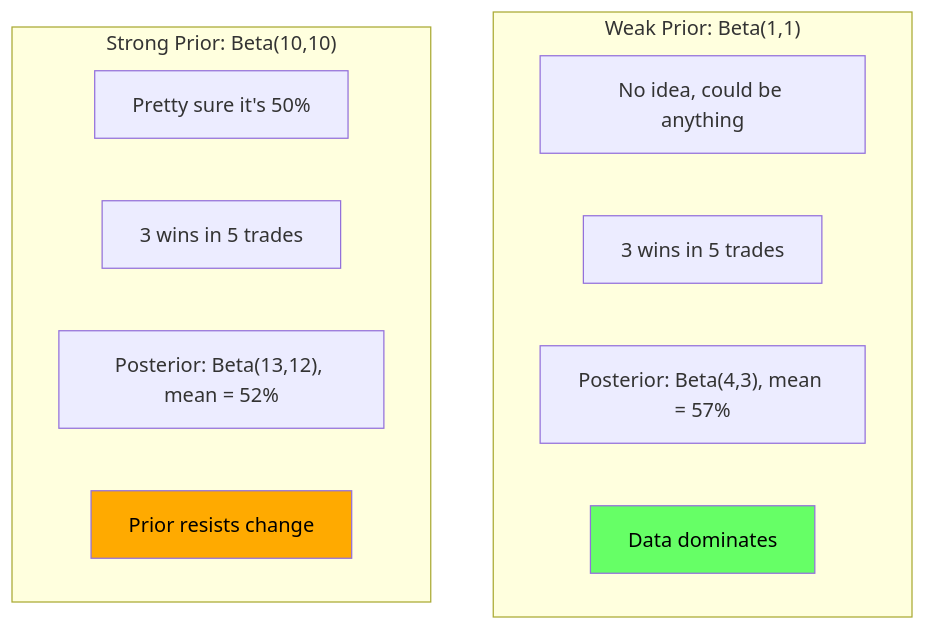
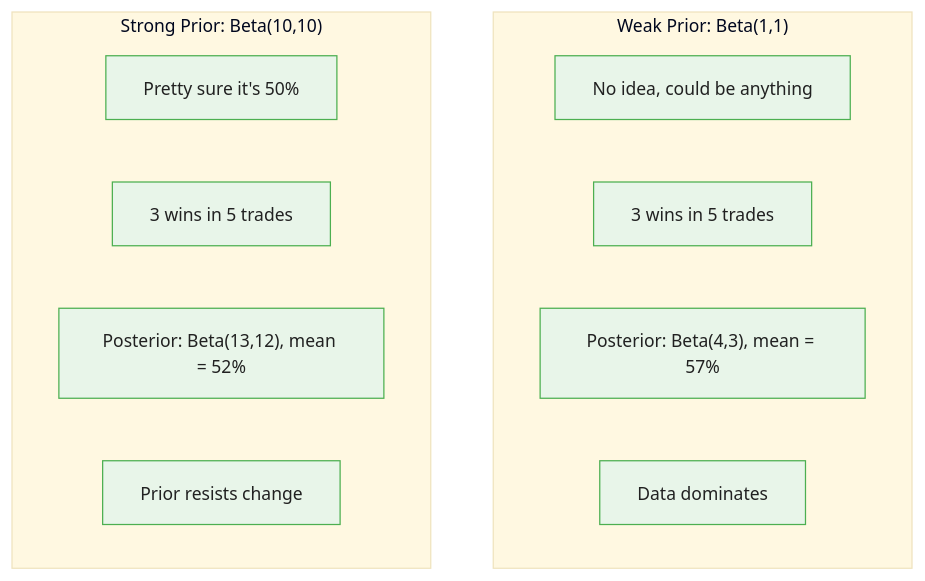
The second of 3 diagrams in courses/multi-armed-bandits-ab-testing/modules/module_02_bayesian_bandits/guides/02_posterior_updating_slides.md (m-deane/course-creator), drawn with Mermaid before and after one commit. The commit also changed other lines of this file and 146 other files, not shown here.

````diff
--- a/courses/multi-armed-bandits-ab-testing/modules/module_02_bayesian_bandits/guides/02_posterior_updating_slides.md
+++ b/courses/multi-armed-bandits-ab-testing/modules/module_02_bayesian_bandits/guides/02_posterior_updating_slides.md
@@ -101,17 +130,16 @@
 ```mermaid
+%%{init: {"theme": "base", "themeVariables": {"primaryColor": "#e8f5e9", "primaryBorderColor": "#4caf50", "primaryTextColor": "#212121", "secondaryColor": "#e3f2fd", "tertiaryColor": "#fff8e1", "lineColor": "#757575", "fontFamily": "Inter, sans-serif", "fontSize": "14px"}}}%%
 flowchart TD
     subgraph Weak["Weak Prior: Beta(1,1)"]
         W1["No idea, could be anything"]
         W2["3 wins in 5 trades"]
         W3["Posterior: Beta(4,3), mean = 57%"]
         W4["Data dominates"]
     end
     subgraph Strong["Strong Prior: Beta(10,10)"]
         S1["Pretty sure it's 50%"]
         S2["3 wins in 5 trades"]
         S3["Posterior: Beta(13,12), mean = 52%"]
         S4["Prior resists change"]
     end
-    style W4 fill:#6f6,color:#000
-    style S4 fill:#fa0,color:#000
 ```
````
